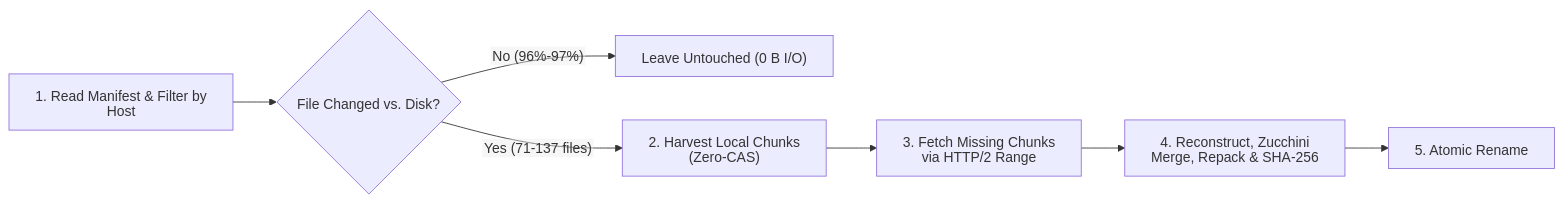
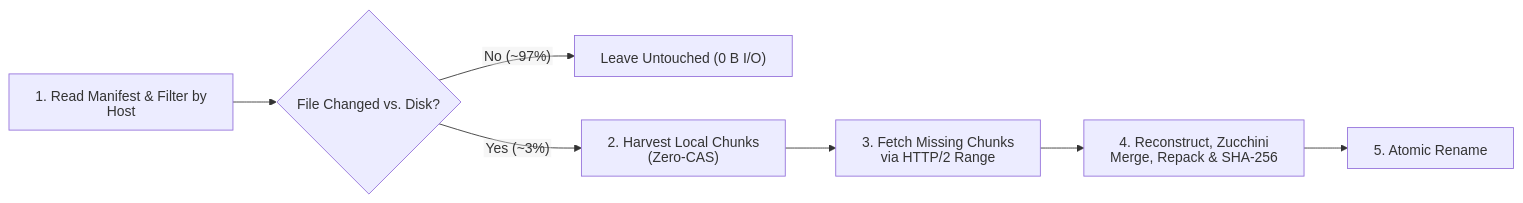
One commit to flutter/rfc changed the second of 2 diagrams in rfc/610.0000-pachunk-content-addressed-patching.md. Above: the diagram before and after it, drawn with Mermaid. The commit also changed other lines of this file, not shown here.

````diff
--- a/rfc/610.0000-pachunk-content-addressed-patching.md
+++ b/rfc/610.0000-pachunk-content-addressed-patching.md
@@ -155,10 +157,10 @@
 ```mermaid
 %%{init: {"htmlLabels": false, "flowchart": {"htmlLabels": false}} }%%
 flowchart LR
     A["1. Read Manifest & Filter by Host"] --> B{"File Changed vs. Disk?"}
-    B -->|"No (96%-97%)"| C["Leave Untouched (0 B I/O)"]
-    B -->|"Yes (71-137 files)"| D["2. Harvest Local Chunks (Zero-CAS)"]
+    B -->|"No (~97%)"| C["Leave Untouched (0 B I/O)"]
+    B -->|"Yes (~3%)"| D["2. Harvest Local Chunks (Zero-CAS)"]
     D --> E["3. Fetch Missing Chunks via HTTP/2 Range"]
     E --> F["4. Reconstruct, Zucchini Merge, Repack & SHA-256"]
     F --> G["5. Atomic Rename"]
 ```
````
